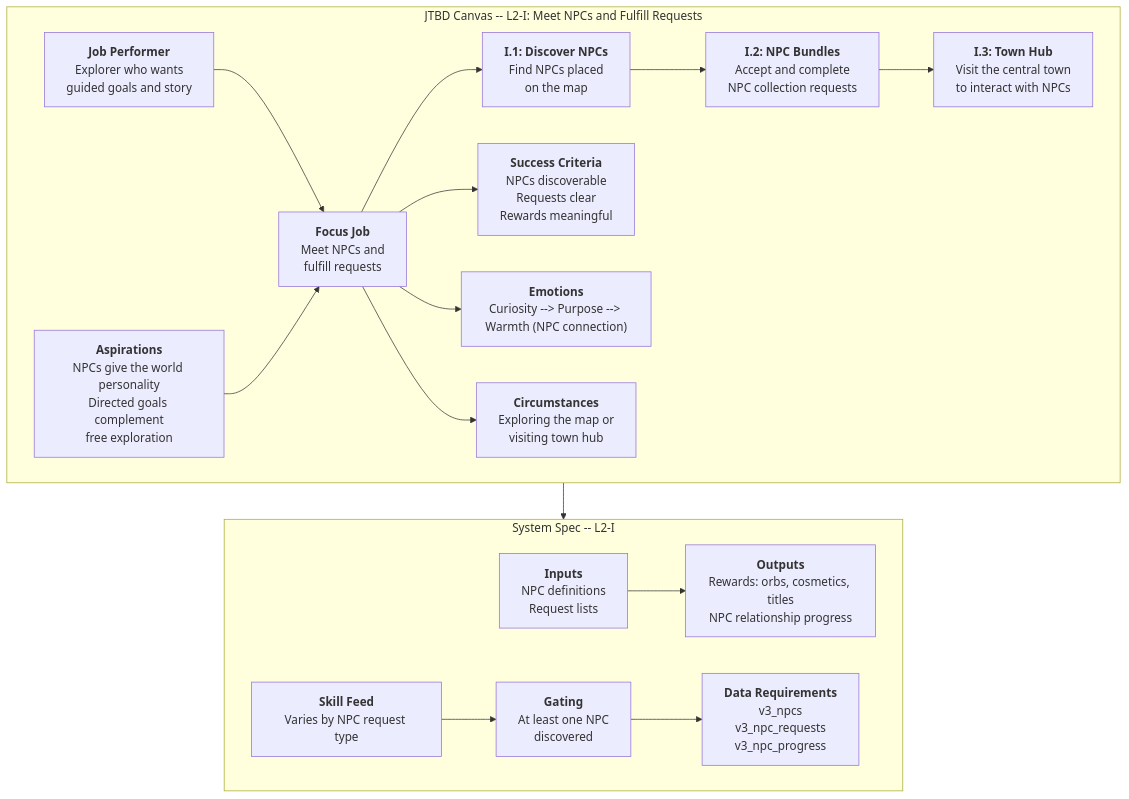
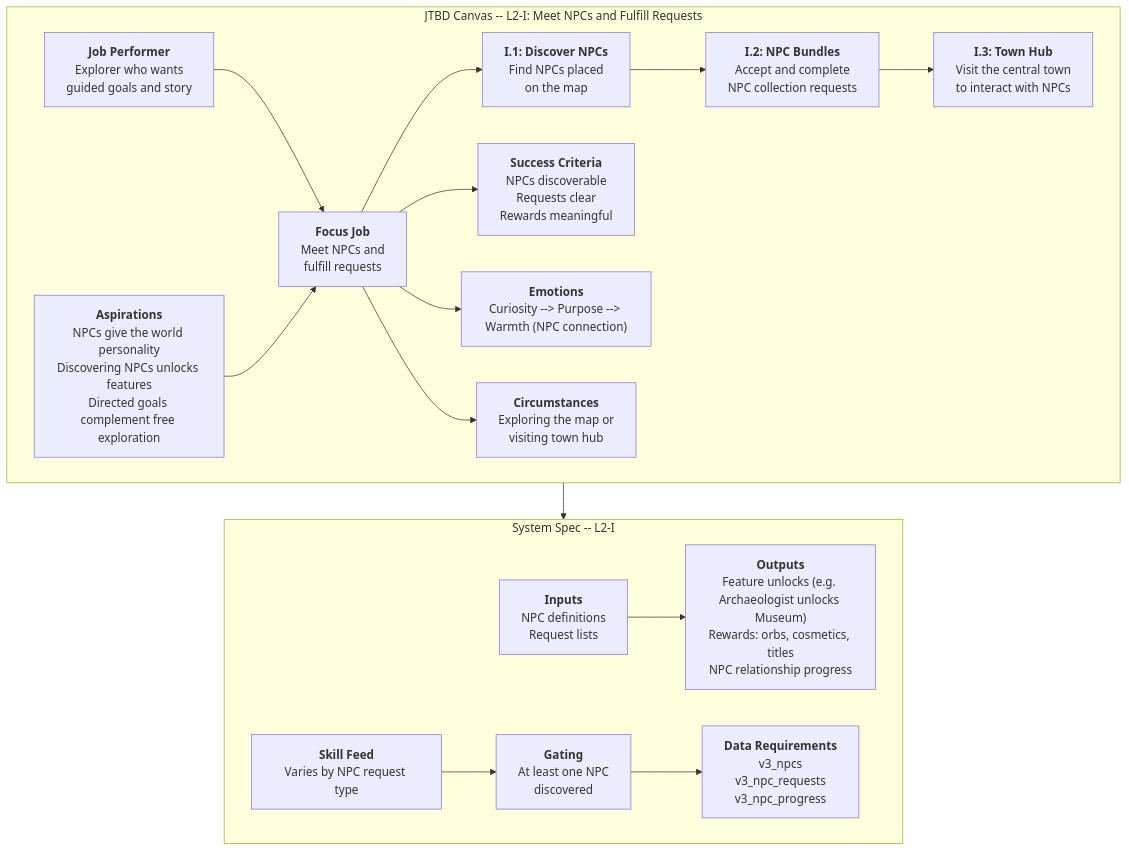
One commit to JMLegere/geo-app changed the diagram in docs/diagrams/problem/i-meet-npcs.mmd. Above: the diagram before and after it, drawn with Mermaid. The commit also changed 2 other files, not shown here.

Commit message:
docs: add NPC-gating pattern — NPCs unlock features like Museum
Museum is a collection for non-fauna items (minerals, fossils, artifacts),
unlocked by discovering the Archaeologist NPC. Updated I-series and C.1
canvases to reflect that NPCs are feature gates, not just quest-givers.

https://claude.ai/code/session_01Uf9fE4D4TXLRJZ2fMrf85n

```diff
--- a/docs/diagrams/problem/i-meet-npcs.mmd
+++ b/docs/diagrams/problem/i-meet-npcs.mmd
@@ -1,35 +1,35 @@
 %% Status: NEEDS HUMAN REVIEW
 flowchart TD
     subgraph JTBD["JTBD Canvas -- L2-I: Meet NPCs and Fulfill Requests"]
         JP["<b>Job Performer</b><br/>Explorer who wants<br/>guided goals and story"]
-        ASP["<b>Aspirations</b><br/>NPCs give the world personality<br/>Directed goals complement<br/>free exploration"]
+        ASP["<b>Aspirations</b><br/>NPCs give the world personality<br/>Discovering NPCs unlocks features<br/>Directed goals complement free exploration"]
         FJ["<b>Focus Job</b><br/>Meet NPCs and<br/>fulfill requests"]
 
         FJ --> I1["<b>I.1: Discover NPCs</b><br/>Find NPCs placed<br/>on the map"]
         I1 --> I2["<b>I.2: NPC Bundles</b><br/>Accept and complete<br/>NPC collection requests"]
         I2 --> I3["<b>I.3: Town Hub</b><br/>Visit the central town<br/>to interact with NPCs"]
 
         SC["<b>Success Criteria</b><br/>NPCs discoverable<br/>Requests clear<br/>Rewards meaningful"]
         EM["<b>Emotions</b><br/>Curiosity --> Purpose --> Warmth (NPC connection)"]
         CIRC["<b>Circumstances</b><br/>Exploring the map or<br/>visiting town hub"]
 
         JP --> FJ
         ASP --> FJ
         FJ --> SC
         FJ --> EM
         FJ --> CIRC
     end
 
     subgraph SystemSpec["System Spec -- L2-I"]
         IN["<b>Inputs</b><br/>NPC definitions<br/>Request lists"]
-        OUT["<b>Outputs</b><br/>Rewards: orbs, cosmetics, titles<br/>NPC relationship progress"]
+        OUT["<b>Outputs</b><br/>Feature unlocks (e.g. Archaeologist unlocks Museum)<br/>Rewards: orbs, cosmetics, titles<br/>NPC relationship progress"]
         SF["<b>Skill Feed</b><br/>Varies by NPC request type"]
         GT["<b>Gating</b><br/>At least one NPC<br/>discovered"]
         DR["<b>Data Requirements</b><br/>v3_npcs<br/>v3_npc_requests<br/>v3_npc_progress"]
 
         IN --> OUT
         SF --> GT
         GT --> DR
     end
 
     JTBD --> SystemSpec
```
